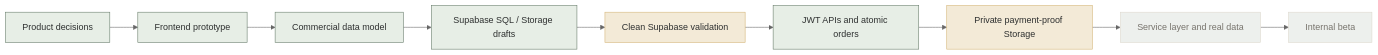
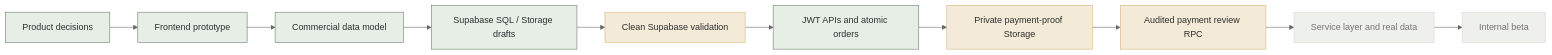
Before and after one commit to moirakk/GatherUp: the first of 4 diagrams in docs/project-architecture-brief-v0.1.md, drawn with Mermaid (neutral theme). The commit also changed other lines of this file and 8 other files, not shown here.

Commit message:
Add audited payment review RPC

````diff
--- a/docs/project-architecture-brief-v0.1.md
+++ b/docs/project-architecture-brief-v0.1.md
@@ -25,25 +26,27 @@
 ```mermaid
 flowchart LR
   A["Product decisions"] --> B["Frontend prototype"]
   B --> C["Commercial data model"]
   C --> D["Supabase SQL / Storage drafts"]
   D --> E["Clean Supabase validation"]
   E --> F["JWT APIs and atomic orders"]
   F --> H["Private payment-proof Storage"]
-  H --> I["Service layer and real data"]
+  H --> J["Audited payment review RPC"]
+  J --> I["Service layer and real data"]
   I --> G["Internal beta"]
 
   A:::done
   B:::done
   C:::done
   D:::done
   E:::doing
   F:::done
   H:::doing
+  J:::doing
   I:::todo
   G:::todo
 
   classDef done fill:#e7eee6,stroke:#667b69,color:#2d2f2f;
   classDef doing fill:#f3ead7,stroke:#d4b477,color:#2d2f2f;
   classDef todo fill:#edf0ed,stroke:#ddd8ce,color:#77736c;
 ```
````
